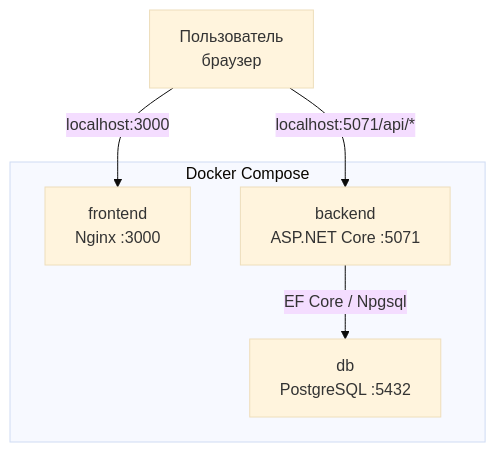
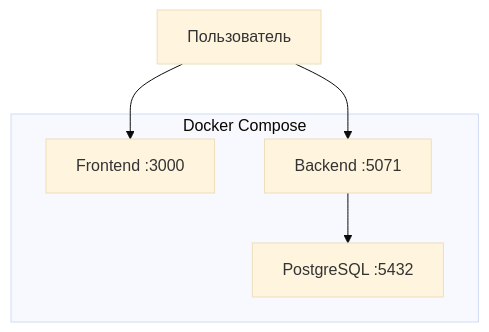
Before and after one commit to noexabwuy/praktika_tz: the diagram in docs/architecture.md, drawn with Mermaid (base theme). The commit also changed other lines of this file and 2 other files, not shown here.

````diff
--- a/docs/architecture.md
+++ b/docs/architecture.md
@@ -17,14 +17,14 @@
 ```mermaid
 graph TB
-    User["Пользователь\nбраузер"]
+    User["Пользователь"]
 
     subgraph "Docker Compose"
-        FE["frontend\nNginx :3000"]
-        BE["backend\nASP.NET Core :5071"]
-        DB["db\nPostgreSQL :5432"]
+        FE["Frontend :3000"]
+        BE["Backend :5071"]
+        DB["PostgreSQL :5432"]
     end
 
-    User -->|"localhost:3000"| FE
-    User -->|"localhost:5071/api/*"| BE
-    BE -->|"EF Core / Npgsql"| DB
+    User --> FE
+    User --> BE
+    BE --> DB
 ```
````
